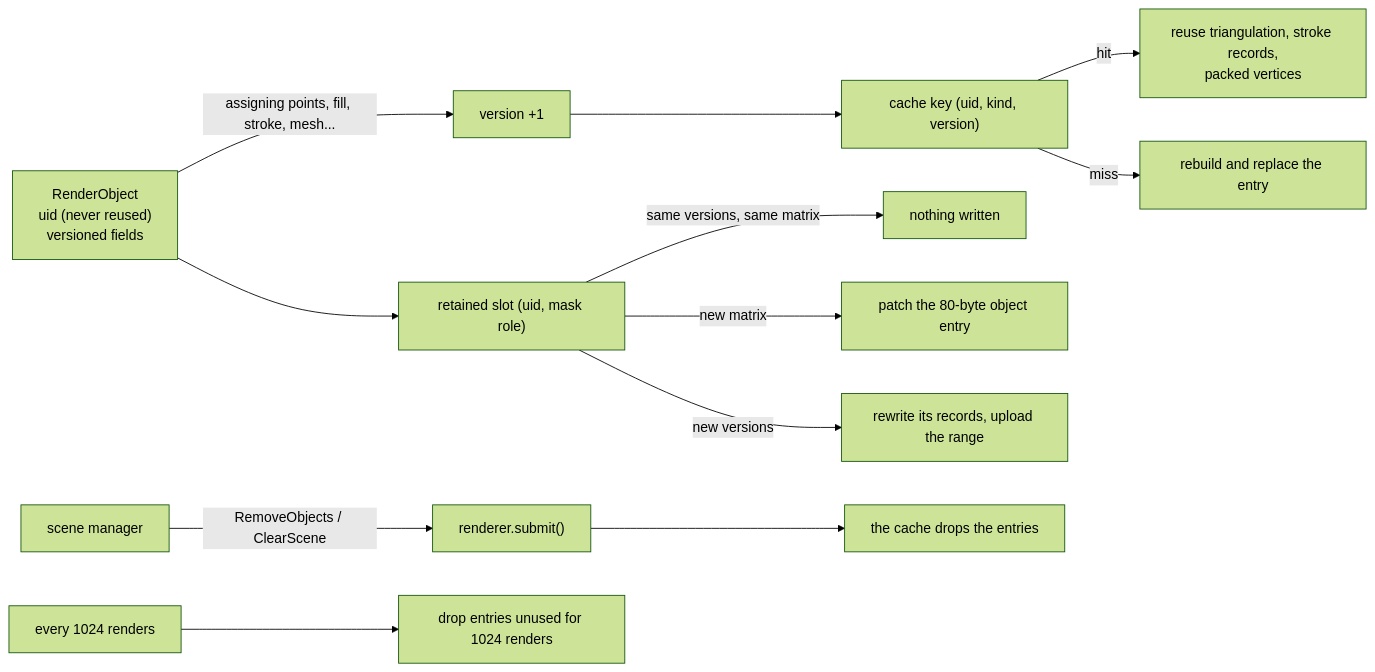
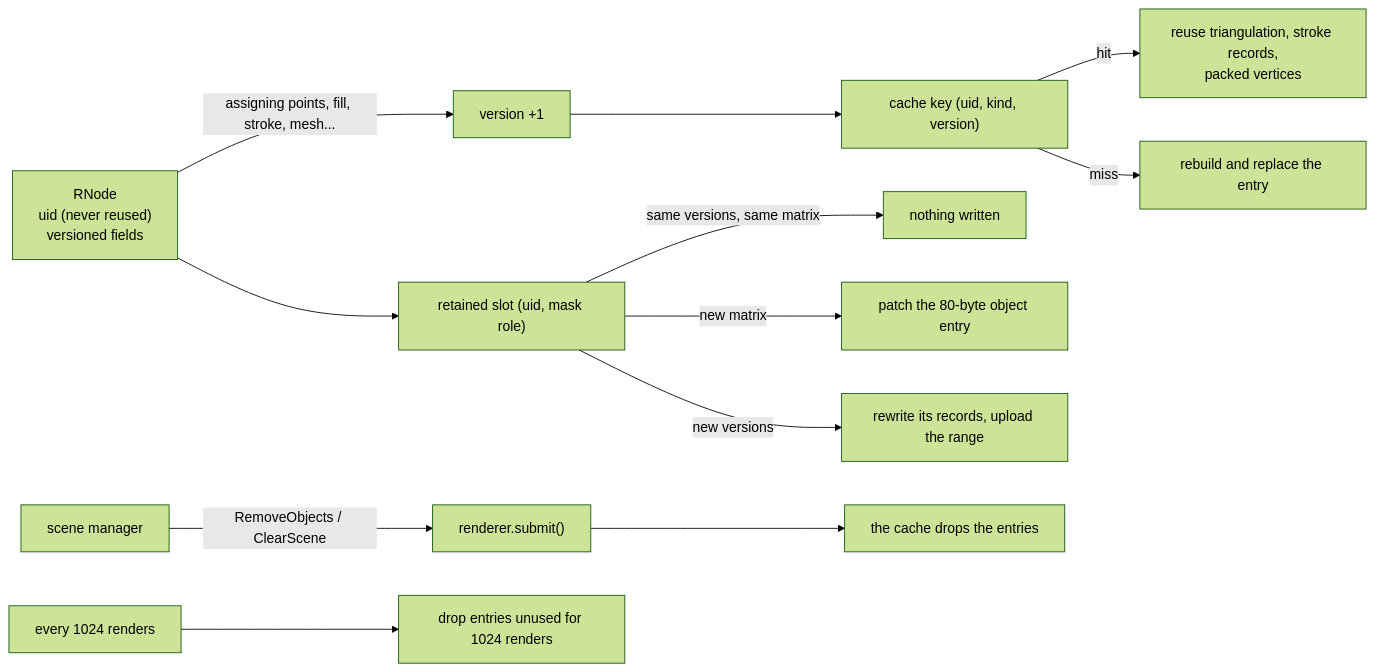
One commit to MrDiver/manim changed the sixth of 6 diagrams in manimx/manimx/renderer/README.md. Above: the diagram before and after it, drawn with Mermaid (forest theme). The commit also changed other lines of this file and 52 other files, not shown here.

````diff
--- a/manimx/manimx/renderer/README.md
+++ b/manimx/manimx/renderer/README.md
@@ -309,13 +309,13 @@
 ```mermaid
 flowchart LR
-    Obj["RenderObject<br/>uid (never reused)<br/>versioned fields"] -->|"assigning points, fill, stroke, mesh..."| V["version +1"]
+    Obj["RNode<br/>uid (never reused)<br/>versioned fields"] -->|"assigning points, fill, stroke, mesh..."| V["version +1"]
     V --> Key["cache key (uid, kind, version)"]
     Key -->|hit| Reuse["reuse triangulation, stroke records,<br/>packed vertices"]
     Key -->|miss| Build["rebuild and replace the entry"]
     Obj --> Slot["retained slot (uid, mask role)"]
     Slot -->|"same versions, same matrix"| Nothing["nothing written"]
     Slot -->|"new matrix"| Patch["patch the 80-byte object entry"]
     Slot -->|"new versions"| Repack["rewrite its records, upload the range"]
     Mgr["scene manager"] -->|"RemoveObjects / ClearScene"| R["renderer.submit()"] --> C["the cache drops the entries"]
     Gen["every 1024 renders"] --> Sweep["drop entries unused for 1024 renders"]
 ```
````
